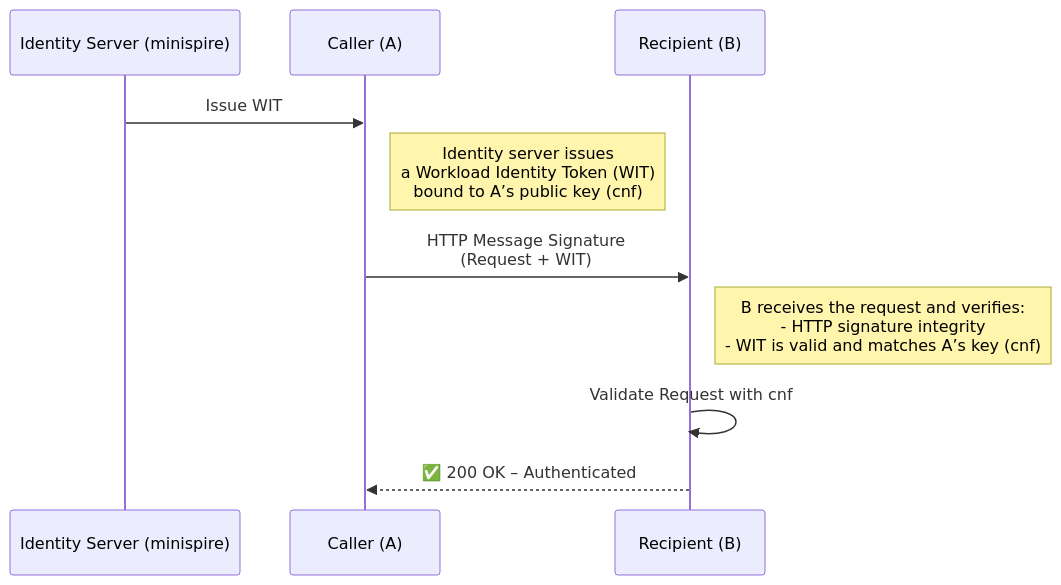
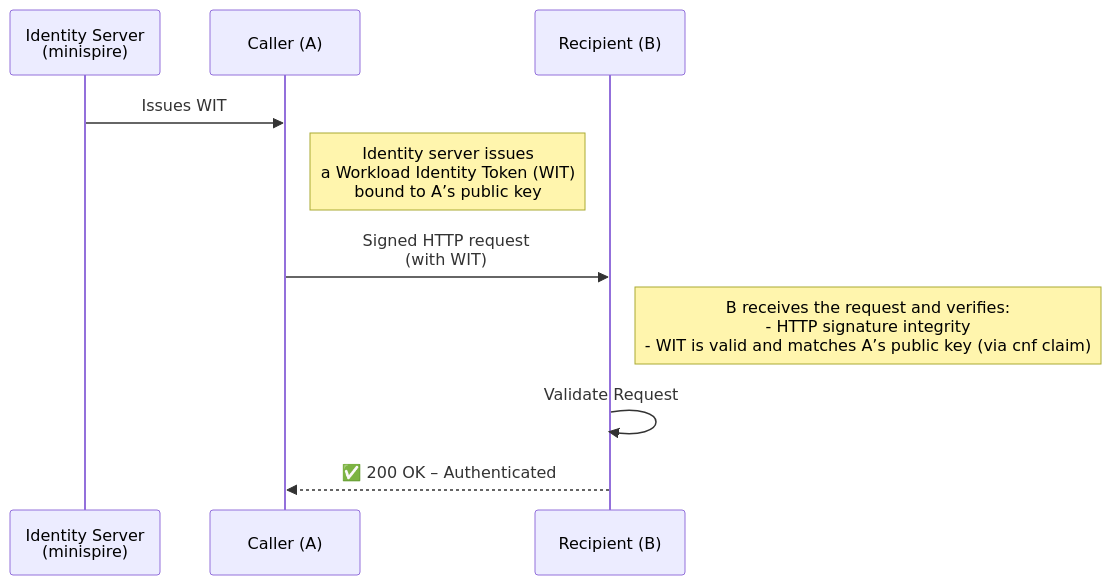
The diagram in README.md (cofide/wimse-s2s-httpsig-poc), drawn with Mermaid before and after one commit.

Commit message:
[From review] Various language and formatting points

````diff
--- a/README.md
+++ b/README.md
@@ -38,16 +38,16 @@
 ```mermaid
 sequenceDiagram
-    participant ID as Identity Server (minispire)
+    participant ID as Identity Server<br/>(minispire)
     participant A as Caller (A)
     participant B as Recipient (B)
 
-    ID ->> A: Issue WIT
-    Note right of A: Identity server issues<br/>a Workload Identity Token (WIT)<br/>bound to A’s public key (cnf)
+    ID ->> A: Issues WIT
+    Note right of A: Identity server issues<br/>a Workload Identity Token (WIT)<br/>bound to A’s public key
 
     %% === Authenticated Request ===
-    A ->> B: HTTP Message Signature<br/>(Request + WIT)
-    Note right of B: B receives the request and verifies:<br/>- HTTP signature integrity<br/>- WIT is valid and matches A’s key (cnf)
+    A ->> B: Signed HTTP request<br/>(with WIT)
+    Note right of B: B receives the request and verifies:<br/>- HTTP signature integrity<br/>- WIT is valid and matches A’s public key (via cnf claim)
 
-    B ->> B: Validate Request with cnf
+    B ->> B: Validate Request
     B -->> A: ✅ 200 OK – Authenticated
 ```
````
